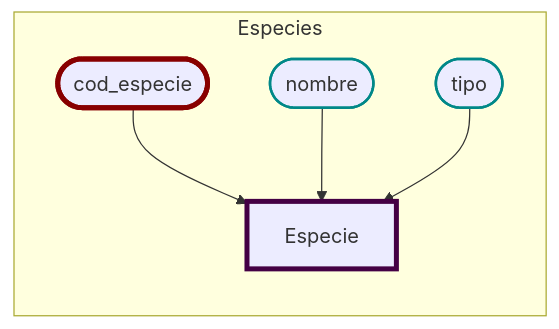
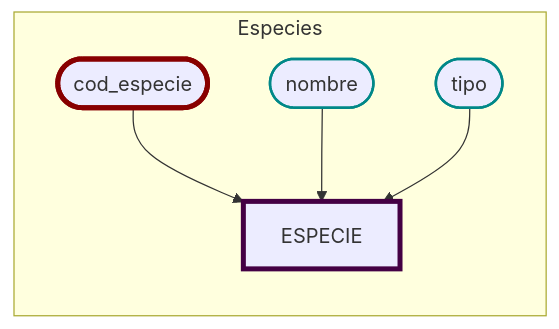
One commit to JulTob/Data changed the second of 9 diagrams in DataBases/lonja_DB.md. Above: the diagram before and after it, drawn with Mermaid. The commit also changed other lines of this file, not shown here.

````diff
--- a/DataBases/lonja_DB.md
+++ b/DataBases/lonja_DB.md
@@ -51,16 +51,16 @@
 ```mermaid
 flowchart LR   
   classDef atributo stroke:#088,stroke-width:2px;
   classDef pk stroke:#800,stroke-width:4px;
   classDef entidad stroke:#404,stroke-width:4px;
 
   %% Atributos ESPECIE
   subgraph Especies
-  cod_especie([cod_especie]):::pk --> Especie
-  nombre_especie([nombre]):::atributo --> Especie
-  tipo_especie([tipo]):::atributo --> Especie
-  Especie:::entidad
-  end
+    Especie[ESPECIE]:::entidad
+    cod_especie([cod_especie]):::pk --> Especie
+    nombre_especie([nombre]):::atributo --> Especie
+    tipo_especie([tipo]):::atributo --> Especie
+    end
 
 
 ```
````
